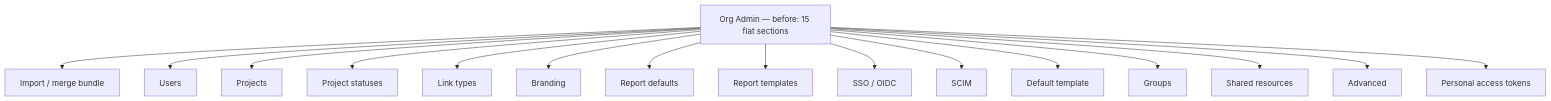
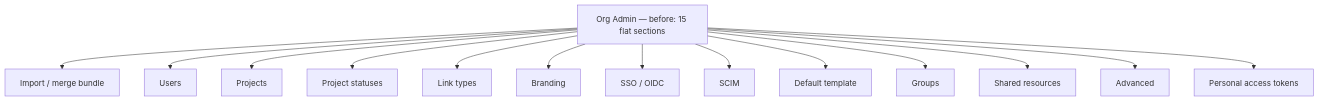
The second of 29 diagrams in docs/ux-style-guide.md (ballardr/reqtrackmanager), drawn with Mermaid before and after one commit. The commit also changed other lines of this file and 918 other files, not shown here.

````diff
--- a/docs/ux-style-guide.md
+++ b/docs/ux-style-guide.md
@@ -66,18 +66,16 @@
 ```mermaid
 flowchart TD
   Root["Org Admin — before: 15 flat sections"] --> S1["Import / merge bundle"]
   Root --> S2["Users"]
   Root --> S3["Projects"]
   Root --> S4["Project statuses"]
   Root --> S5["Link types"]
   Root --> S6["Branding"]
-  Root --> S7["Report defaults"]
-  Root --> S8["Report templates"]
   Root --> S9["SSO / OIDC"]
   Root --> S10["SCIM"]
   Root --> S11["Default template"]
   Root --> S12["Groups"]
   Root --> S13["Shared resources"]
   Root --> S14["Advanced"]
   Root --> S15["Personal access tokens"]
 ```
````
